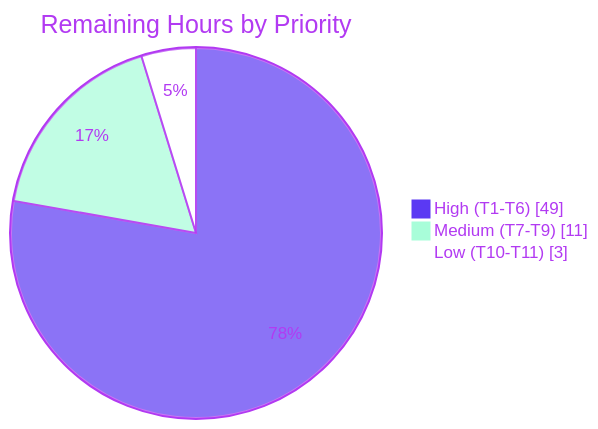
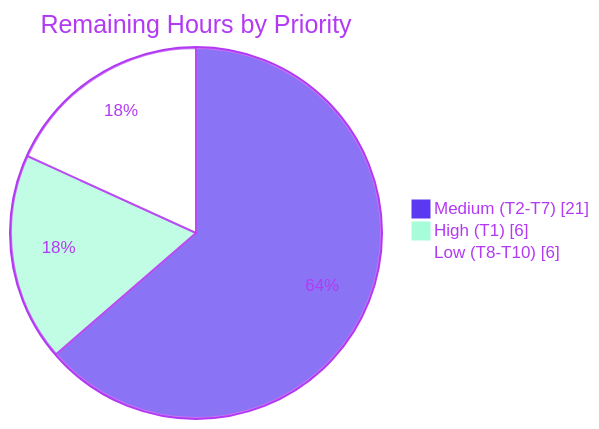
Before and after one commit to blitzy-public-samples/blitzy-VistA-VEHU-M: the third of 3 diagrams in blitzy/documentation/Project Guide - cba44d3a-fb41-4a16-9c11-e135b780df6e.md, drawn with Mermaid. The commit also changed other lines of this file, not shown here.

````diff
--- a/blitzy/documentation/Project Guide - cba44d3a-fb41-4a16-9c11-e135b780df6e.md
+++ b/blitzy/documentation/Project Guide - cba44d3a-fb41-4a16-9c11-e135b780df6e.md
@@ -238,7 +270,7 @@
 ```mermaid
 %%{init: {"theme":"base","themeVariables":{"pie1":"#5B39F3","pie2":"#A8FDD9","pie3":"#FFFFFF","pieStrokeColor":"#B23AF2","pieOuterStrokeColor":"#B23AF2","pieSectionTextColor":"#B23AF2","pieTitleTextColor":"#B23AF2","pieLegendTextColor":"#B23AF2"}}}%%
 pie showData title Remaining Hours by Priority
-    "High (T1-T6)" : 49
-    "Medium (T7-T9)" : 11
-    "Low (T10-T11)" : 3
+    "Medium (T2-T7)" : 21
+    "High (T1)" : 6
+    "Low (T8-T10)" : 6
 ```
````
